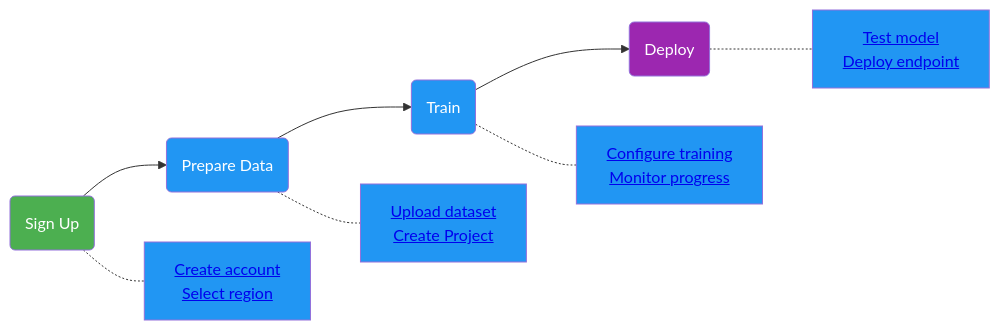
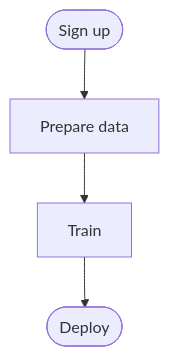
Before and after one commit to ultralytics/ultralytics: the first of 3 diagrams in docs/en/platform/quickstart.md, drawn with Mermaid. The commit also changed other lines of this file and 20 other files, not shown here.

Commit message:
Migrate docs Mermaid diagrams to the unified design system (#26573)

````diff
--- a/docs/en/platform/quickstart.md
+++ b/docs/en/platform/quickstart.md
@@ -25,17 +25,11 @@
 ```mermaid
-graph LR
-    A(Sign Up):::start --> B(Prepare Data):::proc --> C(Train):::proc --> D(Deploy):::out
-    A -.- A1["<a href='#get-started'>Create account</a><br/><a href='#region-selection'>Select region</a>"]:::proc
-    B -.- B1["<a href='#upload-your-first-dataset'>Upload dataset</a><br/><a href='#create-your-first-project'>Create Project</a>"]:::proc
-    C -.- C1["<a href='#training-configuration'>Configure training</a><br/><a href='#monitor-training'>Monitor progress</a>"]:::proc
-    D -.- D1["<a href='#test-your-model'>Test model</a><br/><a href='#deploy-to-production'>Deploy endpoint</a>"]:::proc
+flowchart TD
+    A([Sign up]) --> B[Prepare data]
+    B --> C[Train]
+    C --> D([Deploy])
 
     click A "#get-started"
     click B "#upload-your-first-dataset"
     click C "#train-your-first-model"
     click D "#deploy-to-production"
-
-    classDef start fill:#4CAF50,color:#fff
-    classDef proc fill:#2196F3,color:#fff
-    classDef out fill:#9C27B0,color:#fff
 ```
````
